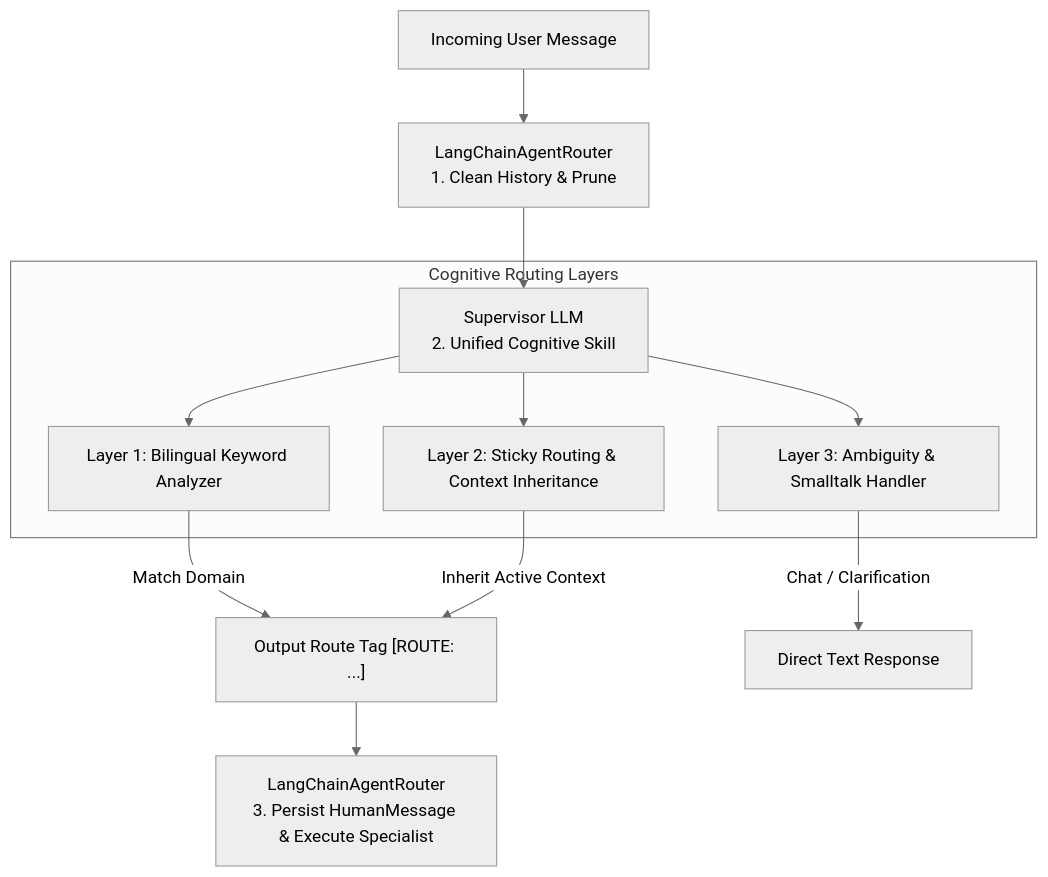
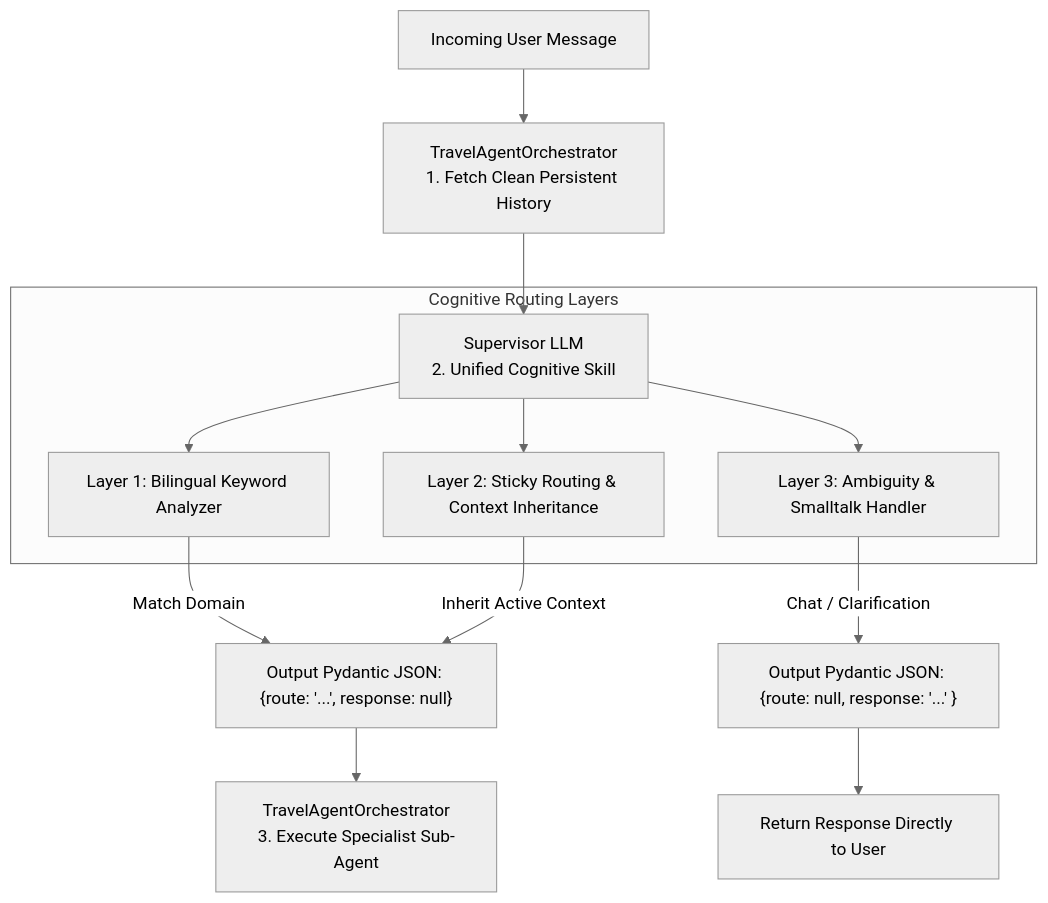
One commit to CharlyMoncada/travel-assitant changed the diagram in app/agents/supervisor/supervisor_routing_skill.md. Above: the diagram before and after it, drawn with Mermaid (neutral theme). The commit also changed other lines of this file and 27 other files, not shown here.

````diff
--- a/app/agents/supervisor/supervisor_routing_skill.md
+++ b/app/agents/supervisor/supervisor_routing_skill.md
@@ -11,17 +11,18 @@
 ```mermaid
-graph TD
-    A[Incoming User Message] --> B[LangChainAgentRouter<br/>1. Clean History & Prune]
+flowchart TD
+    A[Incoming User Message] --> B[TravelAgentOrchestrator<br/>1. Fetch Clean Persistent History]
     B --> C[Supervisor LLM<br/>2. Unified Cognitive Skill]
     
     subgraph Routing ["Cognitive Routing Layers"]
         C --> D["Layer 1: Bilingual Keyword Analyzer"]
         C --> E["Layer 2: Sticky Routing & Context Inheritance"]
         C --> F["Layer 3: Ambiguity & Smalltalk Handler"]
     end
     
-    D -->|Match Domain| G["Output Route Tag [ROUTE: ...]"]
+    D -->|Match Domain| G["Output Pydantic JSON: {route: '...', response: null}"]
     E -->|Inherit Active Context| G
-    F -->|Chat / Clarification| H[Direct Text Response]
+    F -->|Chat / Clarification| H["Output Pydantic JSON: {route: null, response: '...' }"]
     
-    G --> I[LangChainAgentRouter<br/>3. Persist HumanMessage & Execute Specialist]
+    G --> I[TravelAgentOrchestrator<br/>3. Execute Specialist Sub-Agent]
+    H --> J[Return Response Directly to User]
 ```
````
